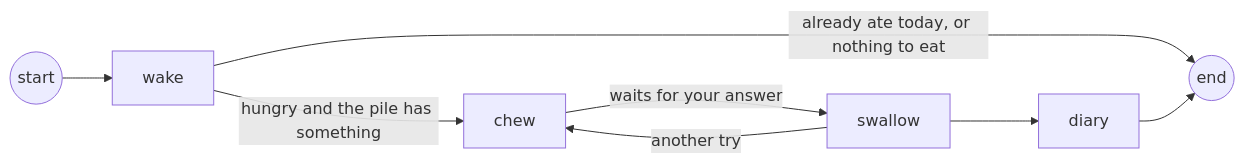
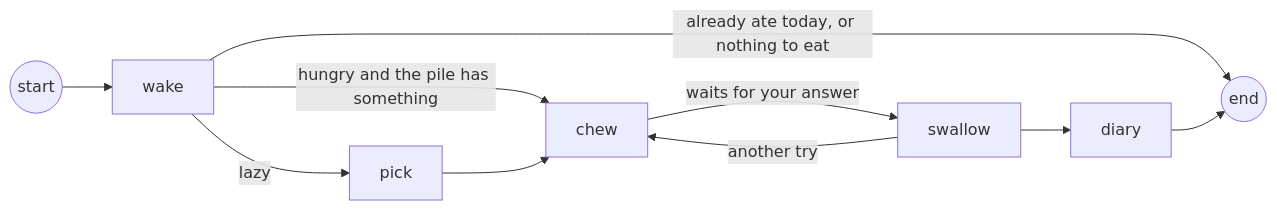
One commit to deeptelar/peresos changed the diagram in README.md. Above: the diagram before and after it, drawn with Mermaid. The commit also changed other lines of this file and 6 other files, not shown here.

First line of the commit message:
Something easy: a lazy wake picks the easiest item, done the laziest way

````diff
--- a/README.md
+++ b/README.md
@@ -112,9 +121,10 @@
 ```mermaid
 flowchart LR
     S((start)) --> wake
     wake -->|hungry and the pile has something| chew
+    wake -->|lazy| pick --> chew
     wake -->|already ate today, or nothing to eat| E((end))
     chew -->|"waits for your answer"| swallow
     swallow -->|another try| chew
     swallow --> diary --> E
 ```
````
